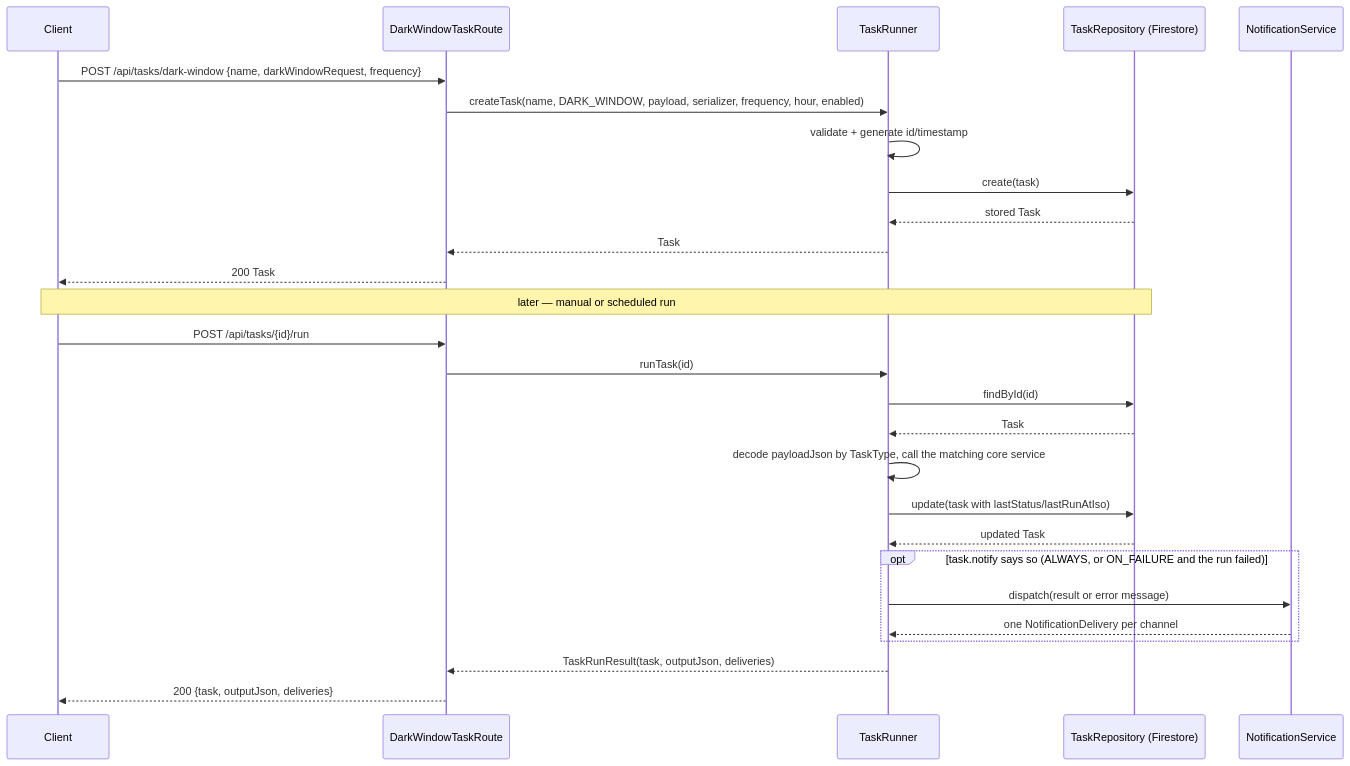
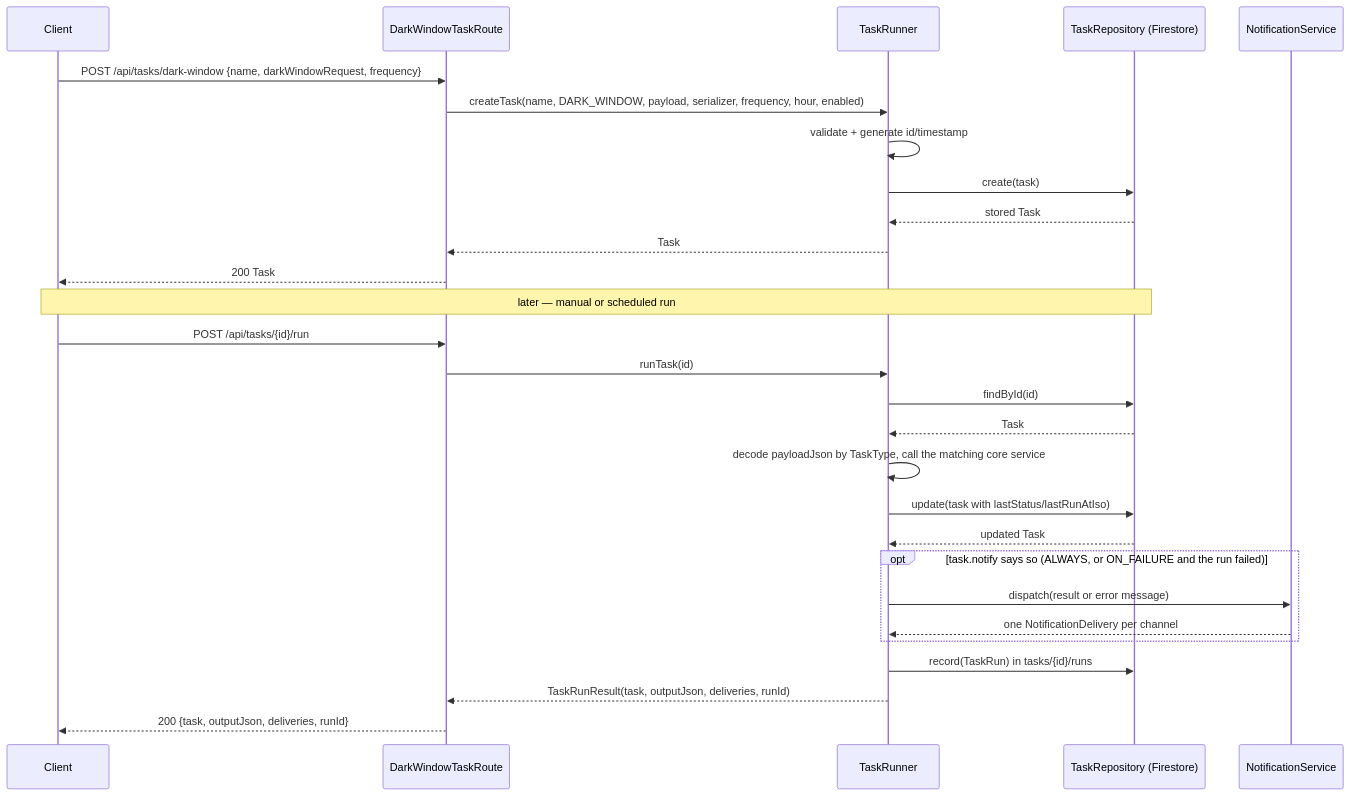
The third of 6 diagrams in docs/ARCHITECTURE.md (iOJ0230/astro-task-runner), drawn with Mermaid before and after one commit. The commit also changed other lines of this file and 17 other files, not shown here.

First line of the commit message:
feat: keep a history of every task run in firestore

````diff
--- a/docs/ARCHITECTURE.md
+++ b/docs/ARCHITECTURE.md
@@ -179,31 +180,32 @@
 ```mermaid
 sequenceDiagram
     participant Client
     participant Route as DarkWindowTaskRoute
     participant Runner as TaskRunner
     participant Repo as TaskRepository (Firestore)
     participant Notify as NotificationService
 
     Client->>Route: POST /api/tasks/dark-window {name, darkWindowRequest, frequency}
     Route->>Runner: createTask(name, DARK_WINDOW, payload, serializer, frequency, hour, enabled)
     Runner->>Runner: validate + generate id/timestamp
     Runner->>Repo: create(task)
     Repo-->>Runner: stored Task
     Runner-->>Route: Task
     Route-->>Client: 200 Task
 
     Note over Client,Repo: later — manual or scheduled run
     Client->>Route: POST /api/tasks/{id}/run
     Route->>Runner: runTask(id)
     Runner->>Repo: findById(id)
     Repo-->>Runner: Task
     Runner->>Runner: decode payloadJson by TaskType, call the matching core service
     Runner->>Repo: update(task with lastStatus/lastRunAtIso)
     Repo-->>Runner: updated Task
     opt task.notify says so (ALWAYS, or ON_FAILURE and the run failed)
         Runner->>Notify: dispatch(result or error message)
         Notify-->>Runner: one NotificationDelivery per channel
     end
-    Runner-->>Route: TaskRunResult(task, outputJson, deliveries)
-    Route-->>Client: 200 {task, outputJson, deliveries}
+    Runner->>Repo: record(TaskRun) in tasks/{id}/runs
+    Runner-->>Route: TaskRunResult(task, outputJson, deliveries, runId)
+    Route-->>Client: 200 {task, outputJson, deliveries, runId}
 ```
````
